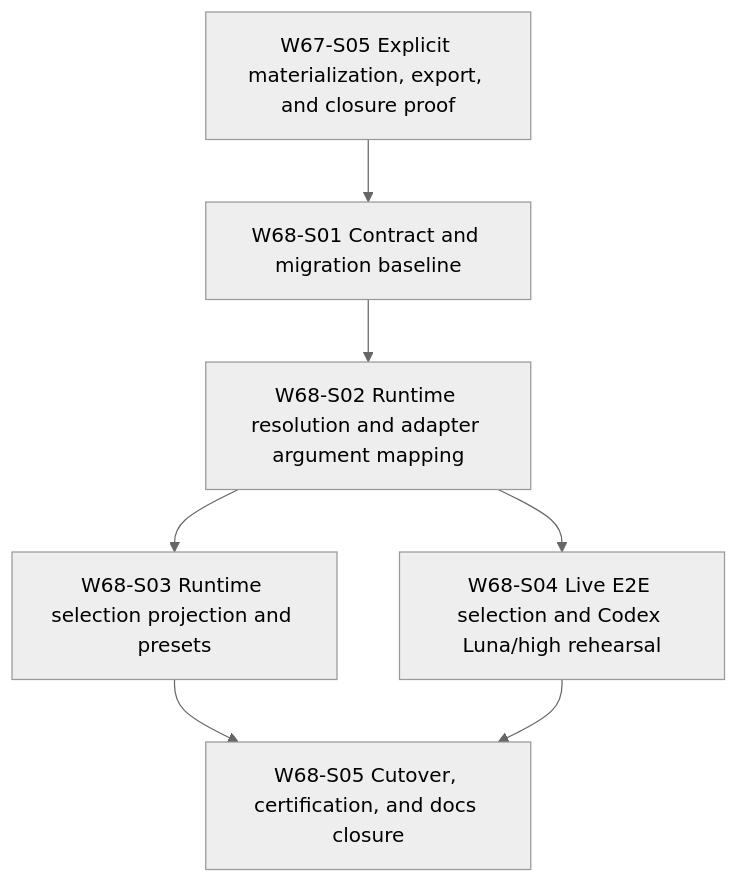
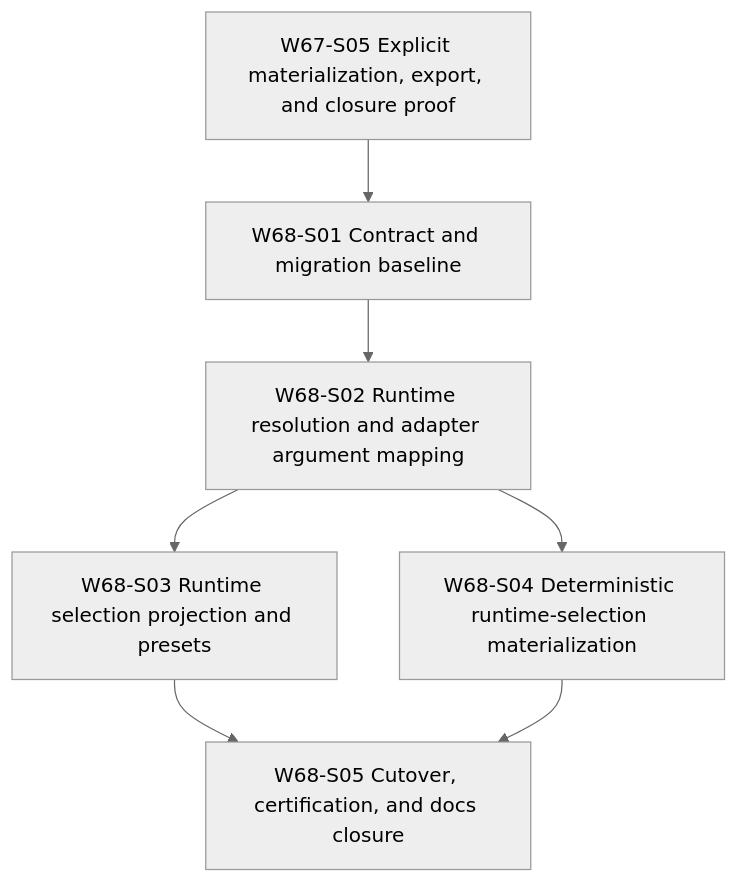
The fourth of 6 diagrams in docs/backlog/slice-dependency-graph.md (GrinRus/ai_native_sdlc_orchestrator), drawn with Mermaid (neutral theme) before and after one commit. The commit also changed other lines of this file and 48 other files, not shown here.

````diff
--- a/docs/backlog/slice-dependency-graph.md
+++ b/docs/backlog/slice-dependency-graph.md
@@ -2008,9 +2011,9 @@
 ```mermaid
 graph TD
   W67S05[W67-S05 Explicit materialization, export, and closure proof] --> W68S01[W68-S01 Contract and migration baseline]
   W68S01 --> W68S02[W68-S02 Runtime resolution and adapter argument mapping]
   W68S02 --> W68S03[W68-S03 Runtime selection projection and presets]
-  W68S02 --> W68S04[W68-S04 Live E2E selection and Codex Luna/high rehearsal]
+  W68S02 --> W68S04[W68-S04 Deterministic runtime-selection materialization]
   W68S03 --> W68S05[W68-S05 Cutover, certification, and docs closure]
 W68S04 --> W68S05
 ```
````
